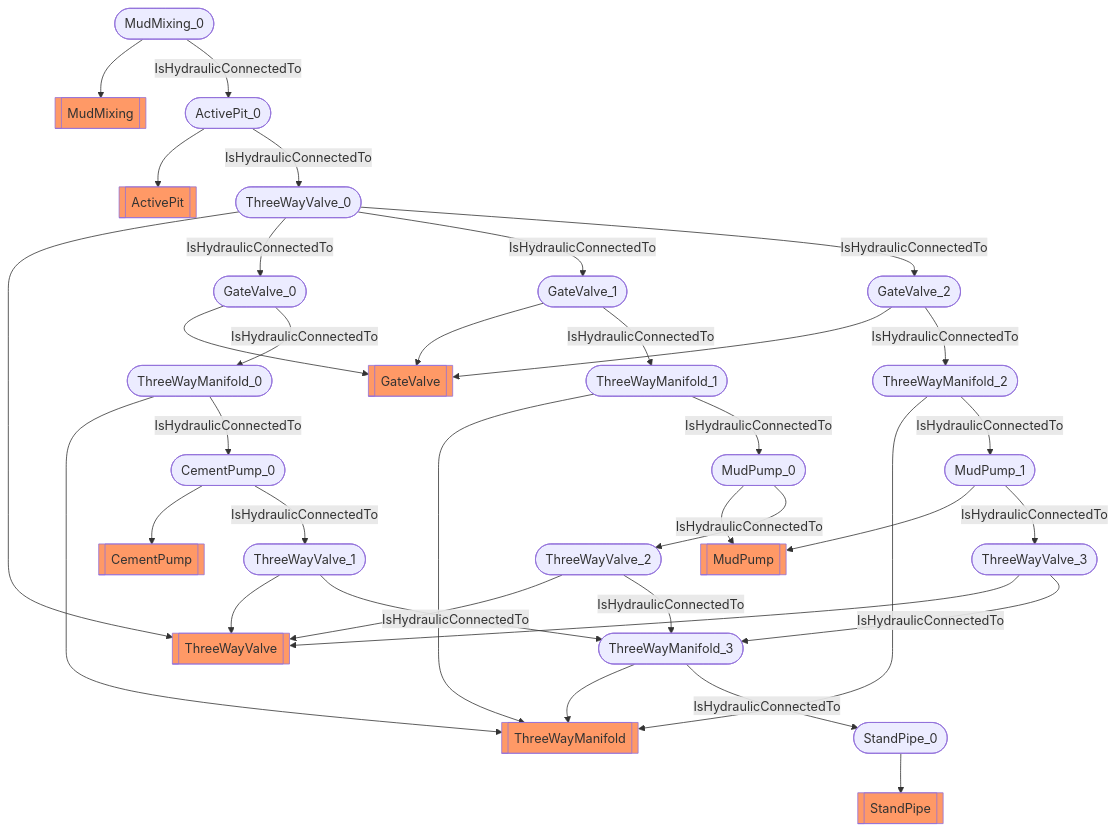
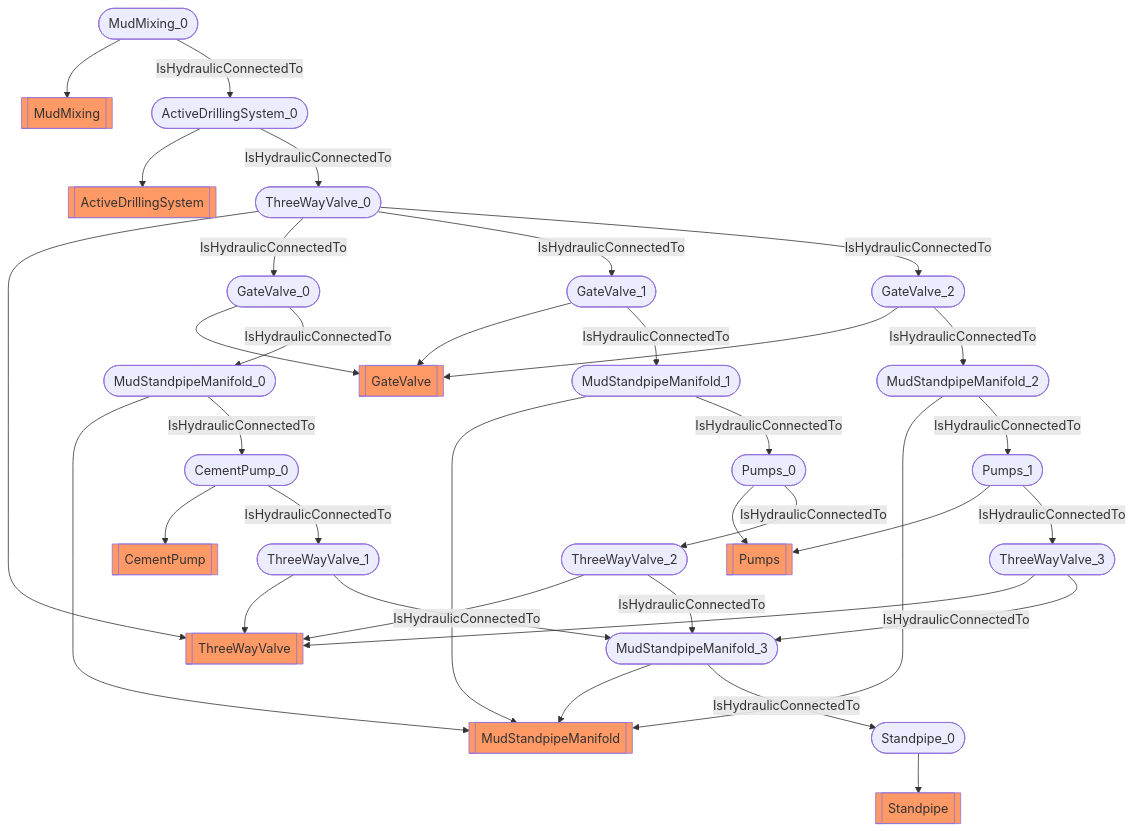
Before and after one commit to D-WIS/DDHub-Semantic-Interoperability: the diagram in docs/vocabulary_development/auto-generated/md/examples/Hydraulic circuit.md, drawn with Mermaid. The commit also changed other lines of this file and 27 other files, not shown here.

````diff
--- a/docs/vocabulary_development/auto-generated/md/examples/Hydraulic circuit.md
+++ b/docs/vocabulary_development/auto-generated/md/examples/Hydraulic circuit.md
@@ -37,40 +37,40 @@
 ```mermaid
 flowchart TD
 	 classDef typeClass fill:#f96;
 	 classDef classClass fill:#9dd0ff;
-	ActivePit_0([ActivePit_0]) --> ActivePit[[ActivePit]]:::typeClass
+	ActiveDrillingSystem_0([ActiveDrillingSystem_0]) --> ActiveDrillingSystem[[ActiveDrillingSystem]]:::typeClass
 	ThreeWayValve_0([ThreeWayValve_0]) --> ThreeWayValve[[ThreeWayValve]]:::typeClass
 	GateValve_0([GateValve_0]) --> GateValve[[GateValve]]:::typeClass
 	GateValve_1([GateValve_1]) --> GateValve[[GateValve]]:::typeClass
 	GateValve_2([GateValve_2]) --> GateValve[[GateValve]]:::typeClass
-	ThreeWayManifold_0([ThreeWayManifold_0]) --> ThreeWayManifold[[ThreeWayManifold]]:::typeClass
-	ThreeWayManifold_1([ThreeWayManifold_1]) --> ThreeWayManifold[[ThreeWayManifold]]:::typeClass
-	ThreeWayManifold_2([ThreeWayManifold_2]) --> ThreeWayManifold[[ThreeWayManifold]]:::typeClass
+	MudStandpipeManifold_0([MudStandpipeManifold_0]) --> MudStandpipeManifold[[MudStandpipeManifold]]:::typeClass
+	MudStandpipeManifold_1([MudStandpipeManifold_1]) --> MudStandpipeManifold[[MudStandpipeManifold]]:::typeClass
+	MudStandpipeManifold_2([MudStandpipeManifold_2]) --> MudStandpipeManifold[[MudStandpipeManifold]]:::typeClass
 	CementPump_0([CementPump_0]) --> CementPump[[CementPump]]:::typeClass
-	MudPump_0([MudPump_0]) --> MudPump[[MudPump]]:::typeClass
-	MudPump_1([MudPump_1]) --> MudPump[[MudPump]]:::typeClass
+	Pumps_0([Pumps_0]) --> Pumps[[Pumps]]:::typeClass
+	Pumps_1([Pumps_1]) --> Pumps[[Pumps]]:::typeClass
 	ThreeWayValve_1([ThreeWayValve_1]) --> ThreeWayValve[[ThreeWayValve]]:::typeClass
 	ThreeWayValve_2([ThreeWayValve_2]) --> ThreeWayValve[[ThreeWayValve]]:::typeClass
 	ThreeWayValve_3([ThreeWayValve_3]) --> ThreeWayValve[[ThreeWayValve]]:::typeClass
-	ThreeWayManifold_3([ThreeWayManifold_3]) --> ThreeWayManifold[[ThreeWayManifold]]:::typeClass
-	StandPipe_0([StandPipe_0]) --> StandPipe[[StandPipe]]:::typeClass
+	MudStandpipeManifold_3([MudStandpipeManifold_3]) --> MudStandpipeManifold[[MudStandpipeManifold]]:::typeClass
+	Standpipe_0([Standpipe_0]) --> Standpipe[[Standpipe]]:::typeClass
 	MudMixing_0([MudMixing_0]) --> MudMixing[[MudMixing]]:::typeClass
-	 ActivePit_0 -- IsHydraulicConnectedTo --> ThreeWayValve_0 
+	 ActiveDrillingSystem_0 -- IsHydraulicConnectedTo --> ThreeWayValve_0 
 	 ThreeWayValve_0 -- IsHydraulicConnectedTo --> GateValve_0 
 	 ThreeWayValve_0 -- IsHydraulicConnectedTo --> GateValve_1 
 	 ThreeWayValve_0 -- IsHydraulicConnectedTo --> GateValve_2 
-	 GateValve_0 -- IsHydraulicConnectedTo --> ThreeWayManifold_0 
-	 GateValve_1 -- IsHydraulicConnectedTo --> ThreeWayManifold_1 
-	 GateValve_2 -- IsHydraulicConnectedTo --> ThreeWayManifold_2 
-	 ThreeWayManifold_0 -- IsHydraulicConnectedTo --> CementPump_0 
-	 ThreeWayManifold_1 -- IsHydraulicConnectedTo --> MudPump_0 
-	 ThreeWayManifold_2 -- IsHydraulicConnectedTo --> MudPump_1 
+	 GateValve_0 -- IsHydraulicConnectedTo --> MudStandpipeManifold_0 
+	 GateValve_1 -- IsHydraulicConnectedTo --> MudStandpipeManifold_1 
+	 GateValve_2 -- IsHydraulicConnectedTo --> MudStandpipeManifold_2 
+	 MudStandpipeManifold_0 -- IsHydraulicConnectedTo --> CementPump_0 
+	 MudStandpipeManifold_1 -- IsHydraulicConnectedTo --> Pumps_0 
+	 MudStandpipeManifold_2 -- IsHydraulicConnectedTo --> Pumps_1 
 	 CementPump_0 -- IsHydraulicConnectedTo --> ThreeWayValve_1 
-	 MudPump_0 -- IsHydraulicConnectedTo --> ThreeWayValve_2 
-	 MudPump_1 -- IsHydraulicConnectedTo --> ThreeWayValve_3 
-	 ThreeWayValve_1 -- IsHydraulicConnectedTo --> ThreeWayManifold_3 
-	 ThreeWayValve_2 -- IsHydraulicConnectedTo --> ThreeWayManifold_3 
-	 ThreeWayValve_3 -- IsHydraulicConnectedTo --> ThreeWayManifold_3 
-	 ThreeWayManifold_3 -- IsHydraulicConnectedTo --> StandPipe_0 
-	 MudMixing_0 -- IsHydraulicConnectedTo --> ActivePit_0 
+	 Pumps_0 -- IsHydraulicConnectedTo --> ThreeWayValve_2 
+	 Pumps_1 -- IsHydraulicConnectedTo --> ThreeWayValve_3 
+	 ThreeWayValve_1 -- IsHydraulicConnectedTo --> MudStandpipeManifold_3 
+	 ThreeWayValve_2 -- IsHydraulicConnectedTo --> MudStandpipeManifold_3 
+	 ThreeWayValve_3 -- IsHydraulicConnectedTo --> MudStandpipeManifold_3 
+	 MudStandpipeManifold_3 -- IsHydraulicConnectedTo --> Standpipe_0 
+	 MudMixing_0 -- IsHydraulicConnectedTo --> ActiveDrillingSystem_0 
 ```
````
